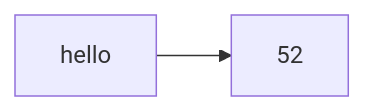
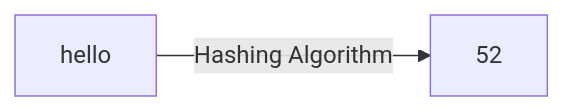
Before and after one commit to Rajeev-Tamang/OpenSSL: the fourth of 4 diagrams in README.md, drawn with Mermaid.

````diff
--- a/README.md
+++ b/README.md
@@ -129,4 +129,4 @@
 ```mermaid
  graph LR
-hello-->52
+hello-->|Hashing Algorithm|52
 ```
````
